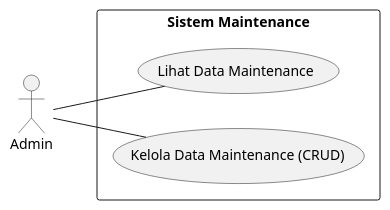
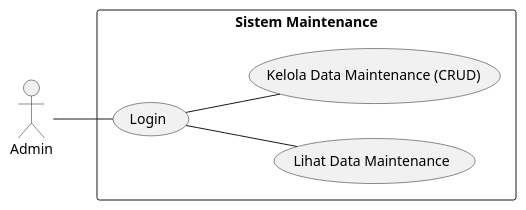
One commit to Fannandya/diagramPABD changed the diagram in Use Case Diagram/usecaseMaintenance.puml. Above: the diagram before and after it, drawn with PlantUML.

Commit message:
fix usecase maintenance

```diff
--- a/Use Case Diagram/usecaseMaintenance.puml
+++ b/Use Case Diagram/usecaseMaintenance.puml
@@ -1,12 +1,14 @@
 @startuml usecaseMaintenance
 left to right direction
 actor Admin
 
 rectangle "Sistem Maintenance" {
   usecase "Lihat Data Maintenance" as UC1
   usecase "Kelola Data Maintenance (CRUD)" as UC2
+  usecase "Login" as UC3
 }
 
-Admin -- UC1
-Admin -- UC2
+Admin -- UC3
+UC3 -- UC1
+UC3 -- UC2
 @enduml
```
